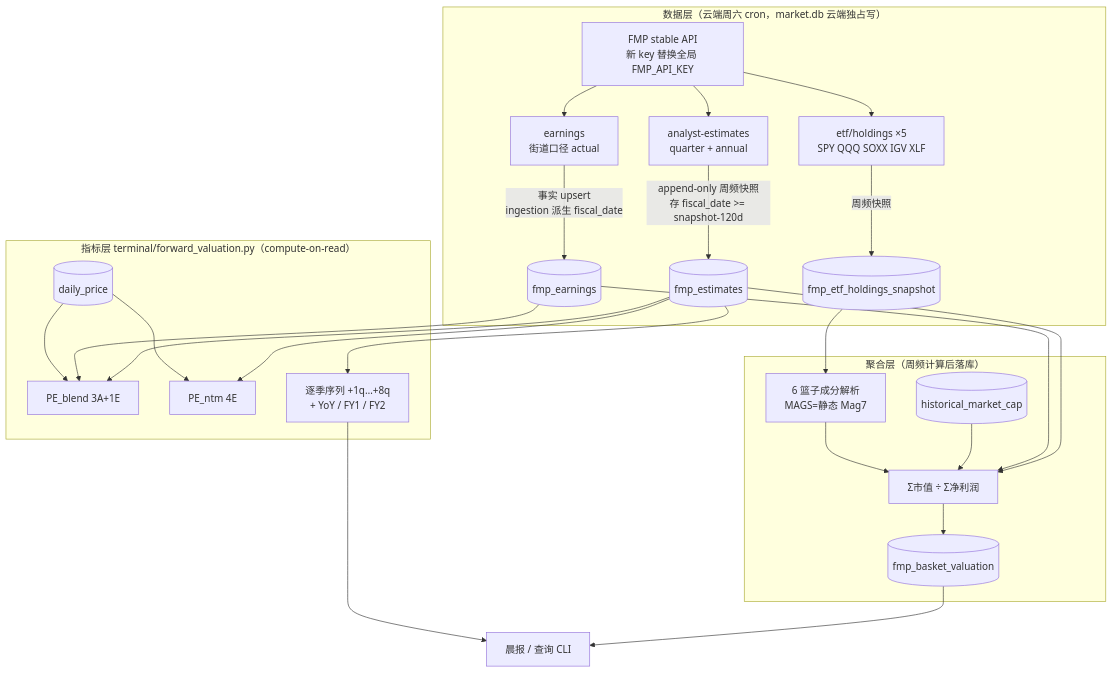
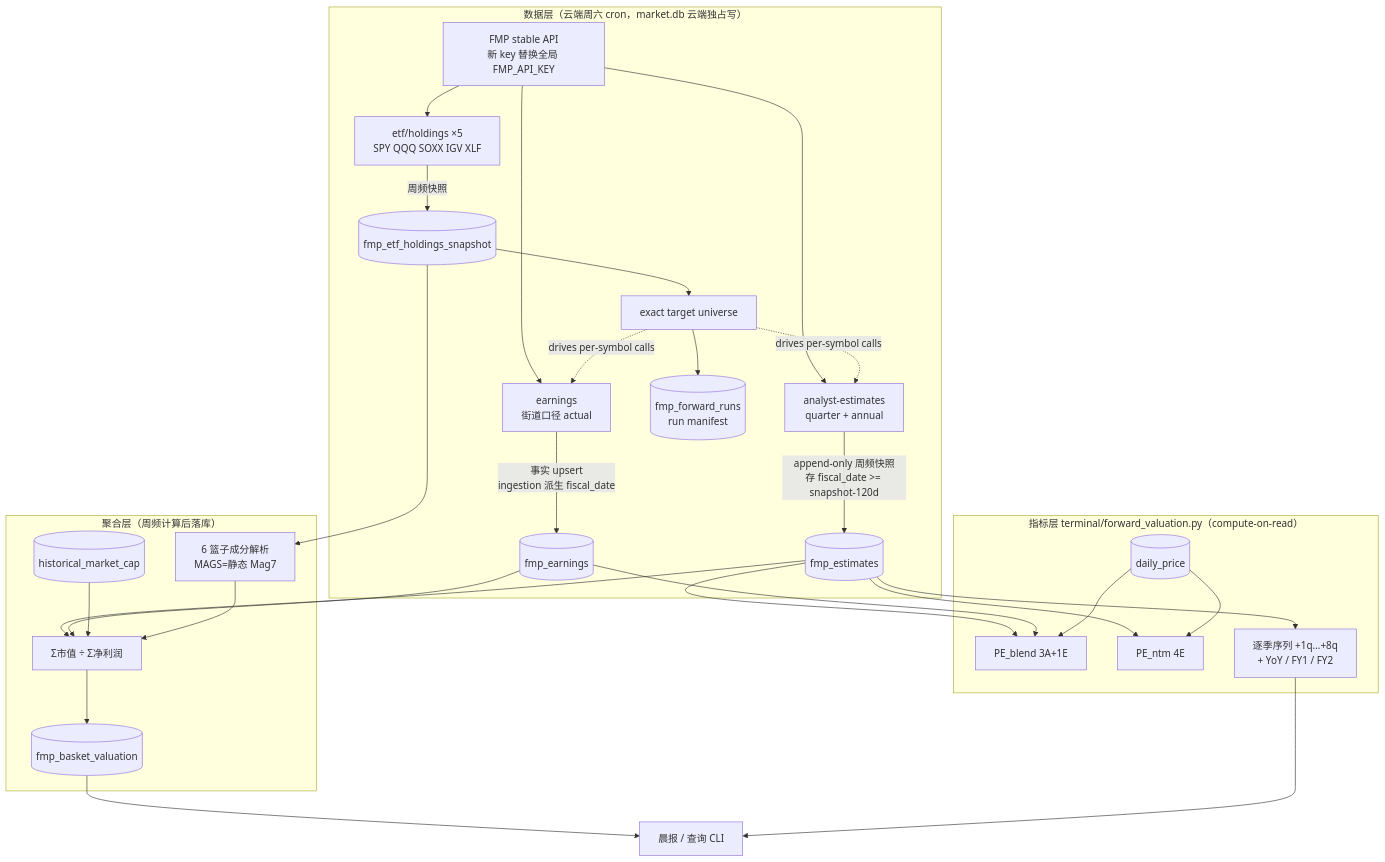
The diagram in docs/design/2026-07-09-fmp-forward-eps-valuation-spec.md (owenliang60-ship-it/finance), drawn with Mermaid before and after one commit. The commit also changed other lines of this file and 1 other file, not shown here.

Commit message:
docs(plan): FMP forward EPS phase-1 data layer

````diff
--- a/docs/design/2026-07-09-fmp-forward-eps-valuation-spec.md
+++ b/docs/design/2026-07-09-fmp-forward-eps-valuation-spec.md
@@ -26,28 +27,31 @@
 ```mermaid
 flowchart TB
     subgraph 数据层["数据层（云端周六 cron，market.db 云端独占写）"]
         FMP[FMP stable API<br/>新 key 替换全局 FMP_API_KEY]
         H[etf/holdings ×5<br/>SPY QQQ SOXX IGV XLF]
         E[analyst-estimates<br/>quarter + annual]
         A[earnings<br/>街道口径 actual]
         FMP --> H & E & A
         E -->|append-only 周频快照<br/>存 fiscal_date >= snapshot-120d| T1[(fmp_estimates)]
         A -->|事实 upsert<br/>ingestion 派生 fiscal_date| T2[(fmp_earnings)]
         H -->|周频快照| T4[(fmp_etf_holdings_snapshot)]
+        T4 --> U[exact target universe]
+        U --> T5[(fmp_forward_runs<br/>run manifest)]
+        U -. drives per-symbol calls .-> E & A
     end
     subgraph 指标层["指标层 terminal/forward_valuation.py（compute-on-read）"]
         T1 & T2 --> PE1[PE_blend 3A+1E]
         T1 --> PE2[PE_ntm 4E]
         T1 --> SEQ[逐季序列 +1q…+8q<br/>+ YoY / FY1 / FY2]
         P[(daily_price)] --> PE1 & PE2
     end
     subgraph 聚合层["聚合层（周频计算后落库）"]
         T4 --> BK[6 篮子成分解析<br/>MAGS=静态 Mag7]
         T1 & T2 --> AGG[Σ市值 ÷ Σ净利润]
         MC[(historical_market_cap)] --> AGG
         BK --> AGG
         AGG --> T3[(fmp_basket_valuation)]
     end
     T3 --> R[晨报 / 查询 CLI]
     SEQ --> R
 ```
````
